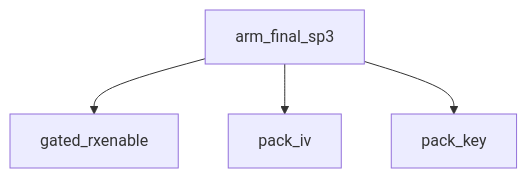
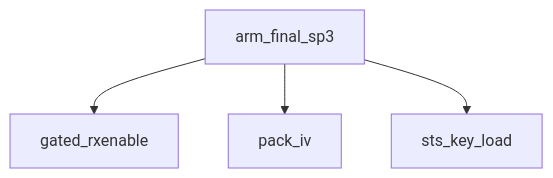
One commit to jonathan-shc/UWB changed the diagram in docs/architecture/modules.woz_uwb.src.ccc/ccc_shim_rx.c.md. Above: the diagram before and after it, drawn with Mermaid. The commit also changed other lines of this file and 156 other files, not shown here.

````diff
--- a/docs/architecture/modules.woz_uwb.src.ccc/ccc_shim_rx.c.md
+++ b/docs/architecture/modules.woz_uwb.src.ccc/ccc_shim_rx.c.md
@@ -8,6 +9,6 @@
 ```mermaid
 flowchart TD
   arm_final_sp3 --> gated_rxenable
   arm_final_sp3 --> pack_iv
-  arm_final_sp3 --> pack_key
+  arm_final_sp3 --> sts_key_load
 ```
````
